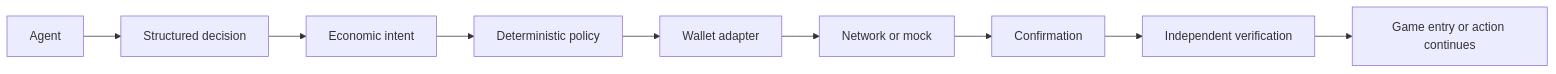
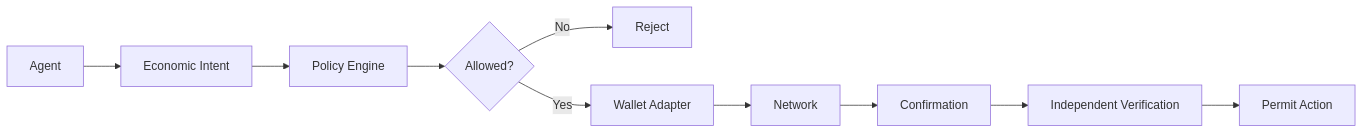
Before and after one commit to lewodro/axile: the fifth of 7 diagrams in README.md, drawn with Mermaid. The commit also changed other lines of this file, not shown here.

````diff
--- a/README.md
+++ b/README.md
@@ -216,11 +437,12 @@
 ```mermaid
 flowchart LR
-    A[Agent] --> B[Structured decision]
-    B --> C[Economic intent]
-    C --> D[Deterministic policy]
-    D --> E[Wallet adapter]
-    E --> F[Network or mock]
-    F --> G[Confirmation]
-    G --> H[Independent verification]
-    H --> I[Game entry or action continues]
+    A[Agent] --> B[Economic Intent]
+    B --> C[Policy Engine]
+    C --> D{Allowed?}
+    D -- No --> E[Reject]
+    D -- Yes --> F[Wallet Adapter]
+    F --> G[Network]
+    G --> H[Confirmation]
+    H --> I[Independent Verification]
+    I --> J[Permit Action]
 ```
````
